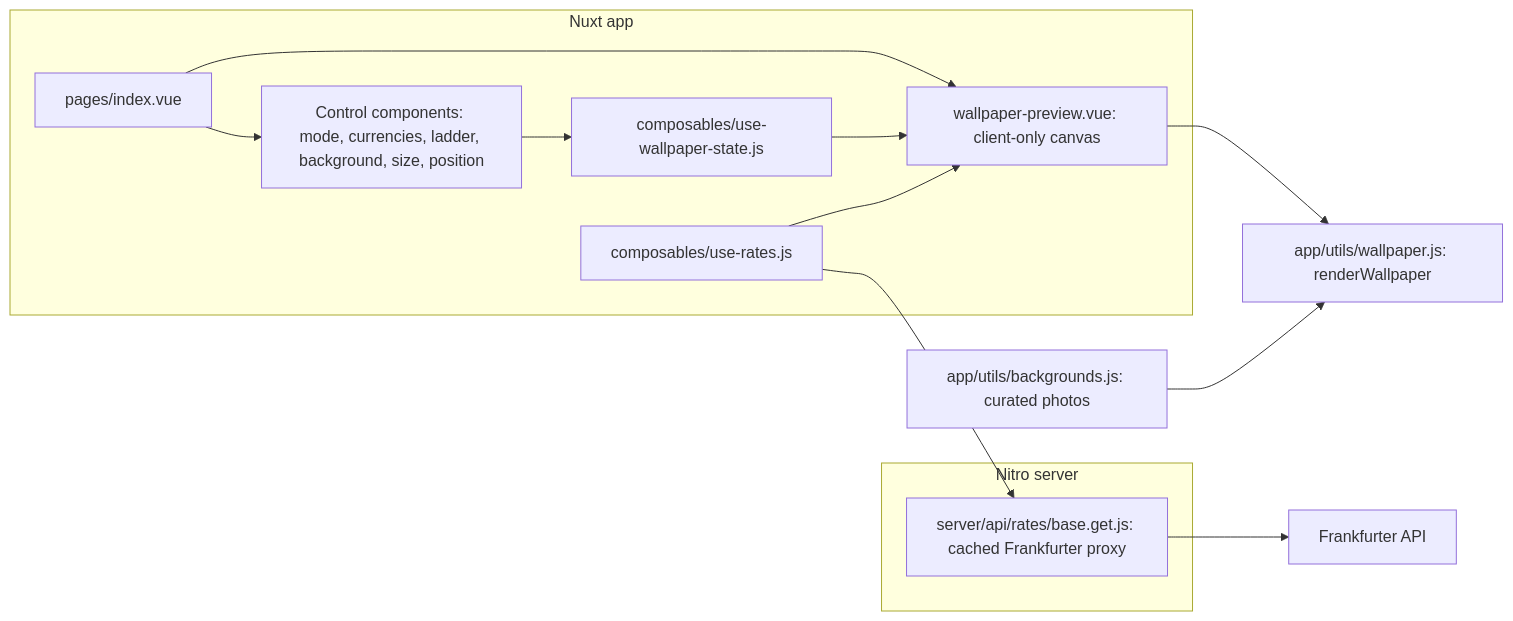
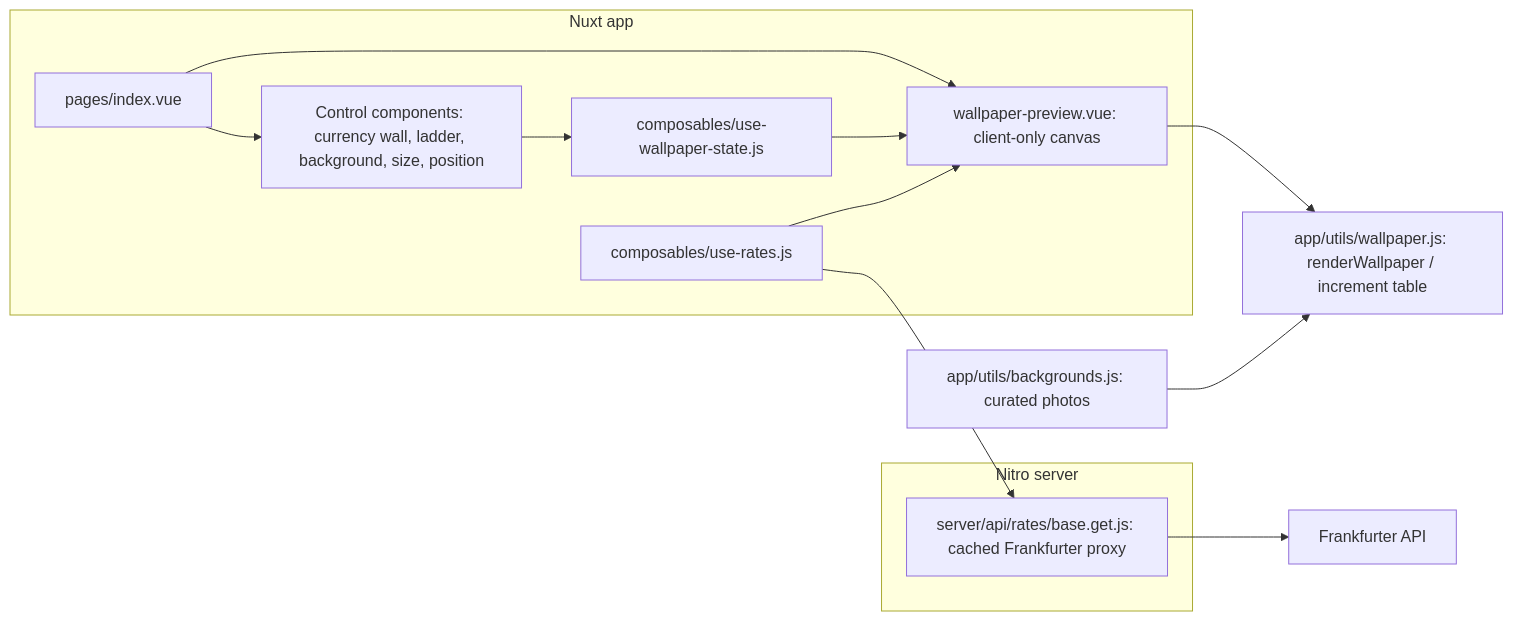
Before and after one commit to ahandsel/ome-currency-converter: the diagram in docs/technical-plan.md, drawn with Mermaid. The commit also changed other lines of this file and 13 other files, not shown here.

First line of the commit message:
📝 Target increment-table wallpaper

````diff
--- a/docs/technical-plan.md
+++ b/docs/technical-plan.md
@@ -41,26 +43,26 @@
 ```mermaid
 flowchart LR
   subgraph client [Nuxt app]
     page[pages/index.vue]
-    controls[Control components: mode, currencies, ladder, background, size, position]
+    controls[Control components: currency wall, ladder, background, size, position]
     preview[wallpaper-preview.vue: client-only canvas]
     state[composables/use-wallpaper-state.js]
     rates[composables/use-rates.js]
   end
   subgraph server [Nitro server]
     api[server/api/rates/base.get.js: cached Frankfurter proxy]
   end
-  render[app/utils/wallpaper.js: renderWallpaper]
+  render[app/utils/wallpaper.js: renderWallpaper / increment table]
   bg[app/utils/backgrounds.js: curated photos]
   frankfurter[Frankfurter API]
 
   page --> controls
   page --> preview
   controls --> state
   state --> preview
   rates --> preview
   preview --> render
   bg --> render
   rates --> api
   api --> frankfurter
 ```
````
